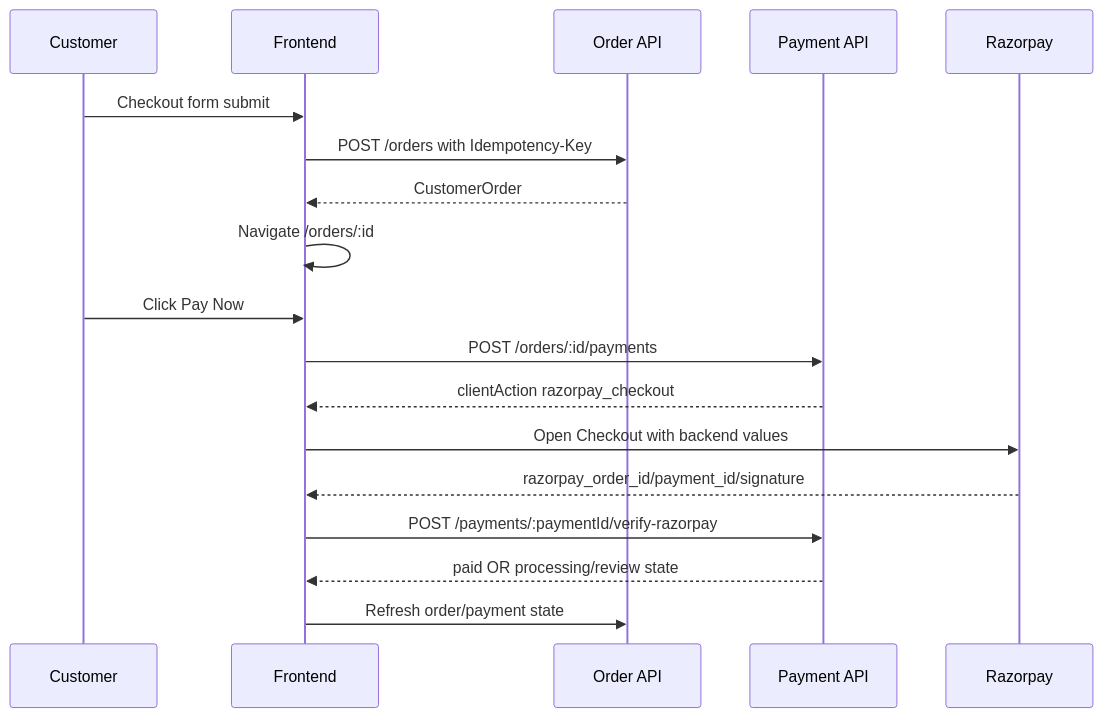
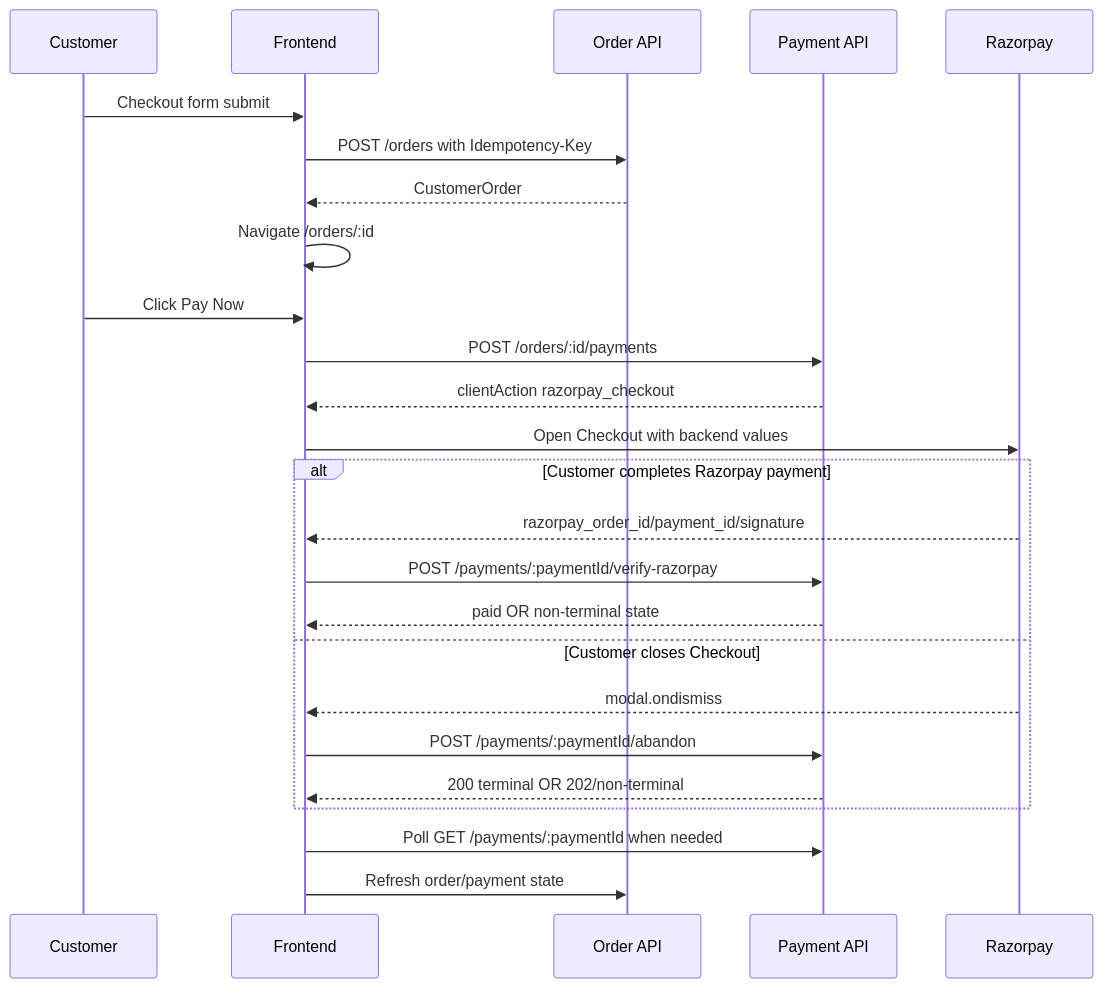
One commit to Retake-Solution/ecocaret changed the second of 4 diagrams in README.md. Above: the diagram before and after it, drawn with Mermaid. The commit also changed other lines of this file and 11 other files, not shown here.

Commit message:
Add checkout workflow docs and payment recovery

````diff
--- a/README.md
+++ b/README.md
@@ -173,21 +176,28 @@
 ```mermaid
 sequenceDiagram
   participant C as Customer
   participant FE as Frontend
   participant API as Order API
   participant Pay as Payment API
   participant RP as Razorpay
 
   C->>FE: Checkout form submit
   FE->>API: POST /orders with Idempotency-Key
   API-->>FE: CustomerOrder
   FE->>FE: Navigate /orders/:id
   C->>FE: Click Pay Now
   FE->>Pay: POST /orders/:id/payments
   Pay-->>FE: clientAction razorpay_checkout
   FE->>RP: Open Checkout with backend values
-  RP-->>FE: razorpay_order_id/payment_id/signature
-  FE->>Pay: POST /payments/:paymentId/verify-razorpay
-  Pay-->>FE: paid OR processing/review state
+  alt Customer completes Razorpay payment
+    RP-->>FE: razorpay_order_id/payment_id/signature
+    FE->>Pay: POST /payments/:paymentId/verify-razorpay
+    Pay-->>FE: paid OR non-terminal state
+  else Customer closes Checkout
+    RP-->>FE: modal.ondismiss
+    FE->>Pay: POST /payments/:paymentId/abandon
+    Pay-->>FE: 200 terminal OR 202/non-terminal
+  end
+  FE->>Pay: Poll GET /payments/:paymentId when needed
   FE->>API: Refresh order/payment state
 ```
````
